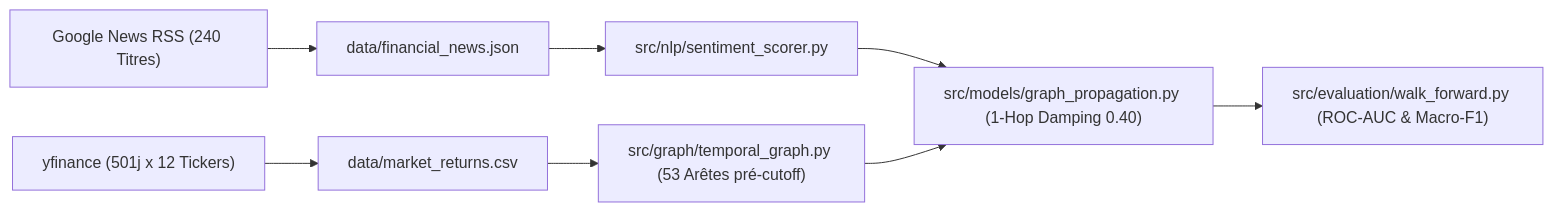
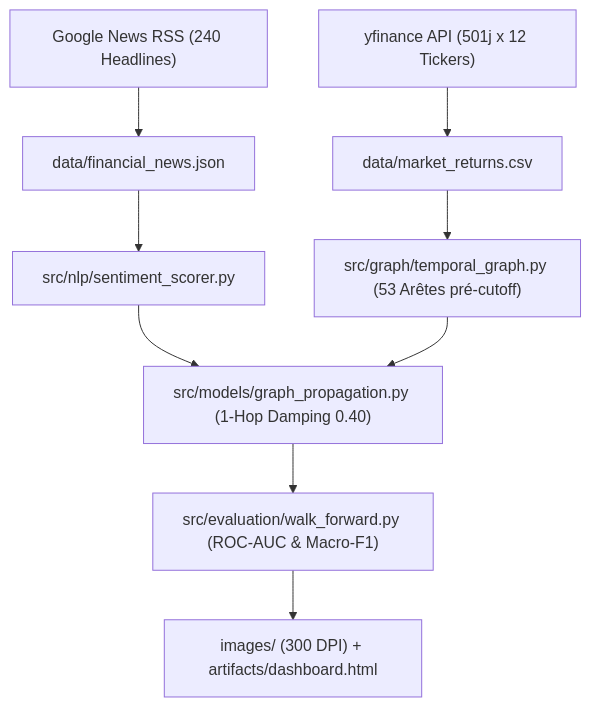
Before and after one commit to elm-as/FINSG: the diagram in README.md, drawn with Mermaid. The commit also changed other lines of this file, not shown here.

````diff
--- a/README.md
+++ b/README.md
@@ -65,10 +89,11 @@
 ```mermaid
-flowchart LR
-    YF["yfinance (501j x 12 Tickers)"] --> RET["data/market_returns.csv"]
-    RSS["Google News RSS (240 Titres)"] --> NEWS["data/financial_news.json"]
+flowchart TD
+    YF["yfinance API (501j x 12 Tickers)"] --> RET["data/market_returns.csv"]
+    RSS["Google News RSS (240 Headlines)"] --> NEWS["data/financial_news.json"]
     NEWS --> NLP["src/nlp/sentiment_scorer.py"]
     RET --> GRAPH["src/graph/temporal_graph.py (53 Arêtes pré-cutoff)"]
     NLP --> PROP["src/models/graph_propagation.py (1-Hop Damping 0.40)"]
     GRAPH --> PROP
     PROP --> EVAL["src/evaluation/walk_forward.py (ROC-AUC & Macro-F1)"]
+    EVAL --> VIS["images/ (300 DPI) + artifacts/dashboard.html"]
 ```
````
